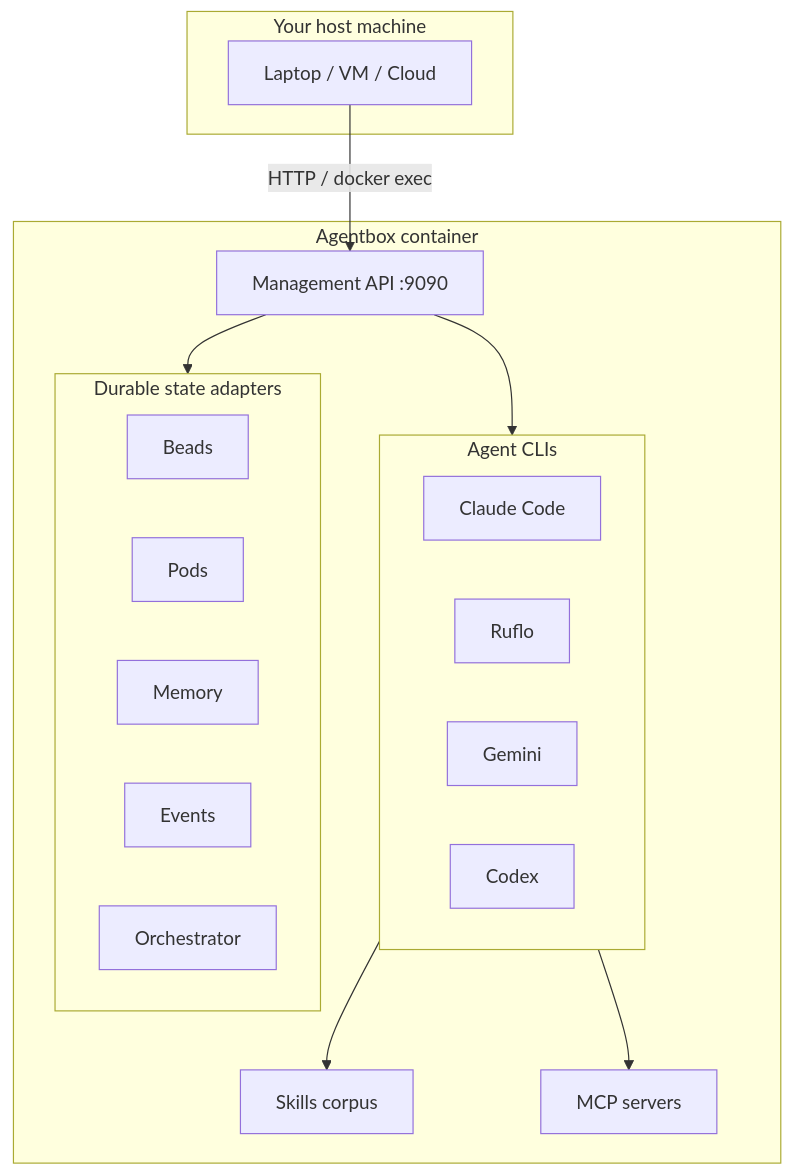
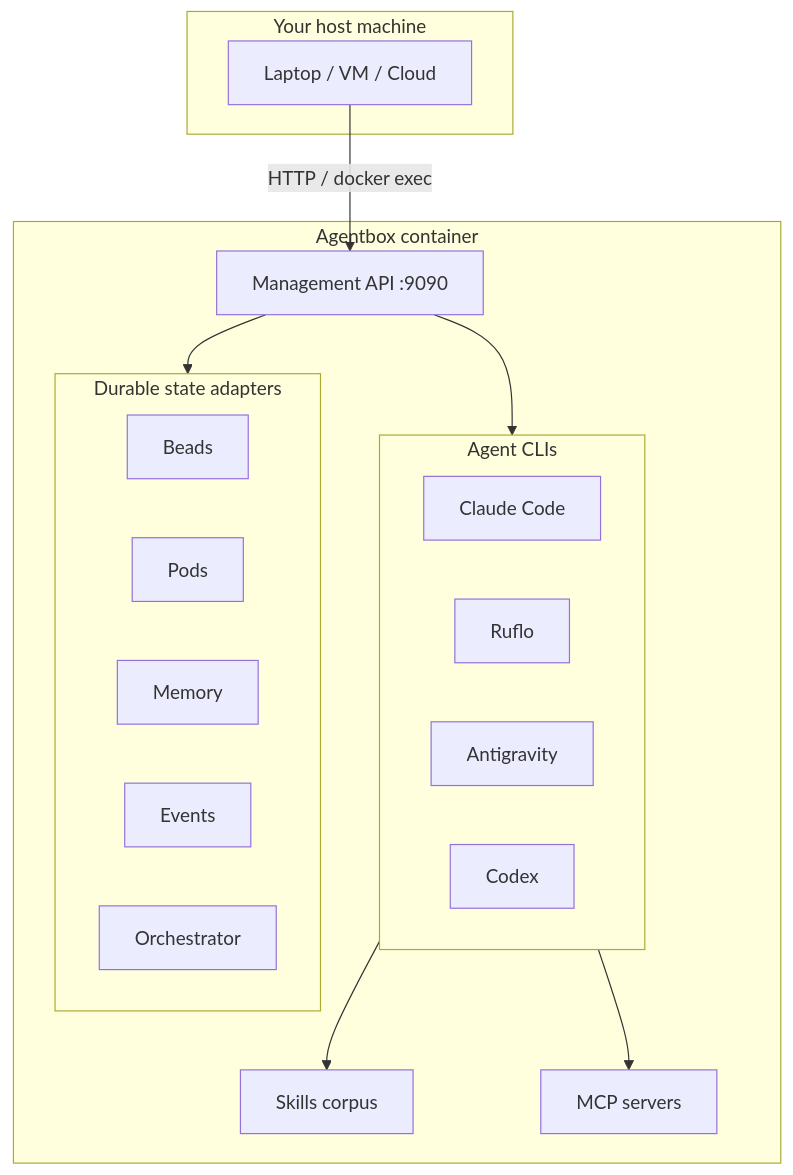
One commit to DreamLab-AI/agentbox changed the first of 5 diagrams in docs/user/quickstart.md. Above: the diagram before and after it, drawn with Mermaid. The commit also changed other lines of this file and 6 other files, not shown here.

````diff
--- a/docs/user/quickstart.md
+++ b/docs/user/quickstart.md
@@ -11,29 +11,29 @@
 ```mermaid
 graph TB
     subgraph host["Your host machine"]
         Laptop["Laptop / VM / Cloud"]
     end
     subgraph agentbox["Agentbox container"]
         API["Management API :9090"]
         subgraph agents["Agent CLIs"]
             CC[Claude Code]
             RF[Ruflo]
-            GM[Gemini]
+            GM[Antigravity]
             CX[Codex]
         end
         subgraph state["Durable state adapters"]
             BD[Beads]
             PD[Pods]
             MM[Memory]
             EV[Events]
             OR[Orchestrator]
         end
         SK[Skills corpus]
         MCP[MCP servers]
     end
     Laptop -->|"HTTP / docker exec"| API
     API --> agents
     API --> state
     agents --> SK
     agents --> MCP
 ```
````
